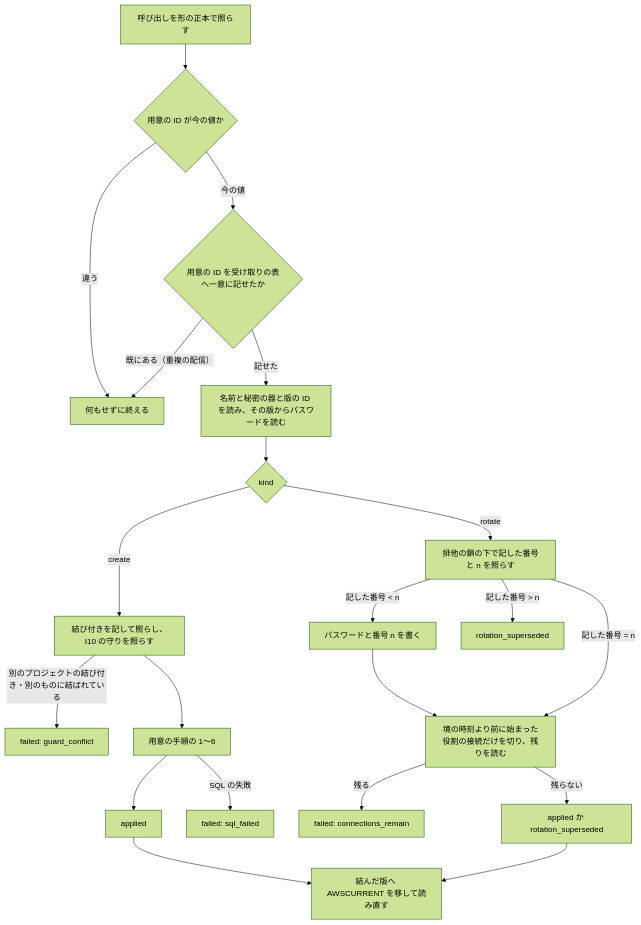
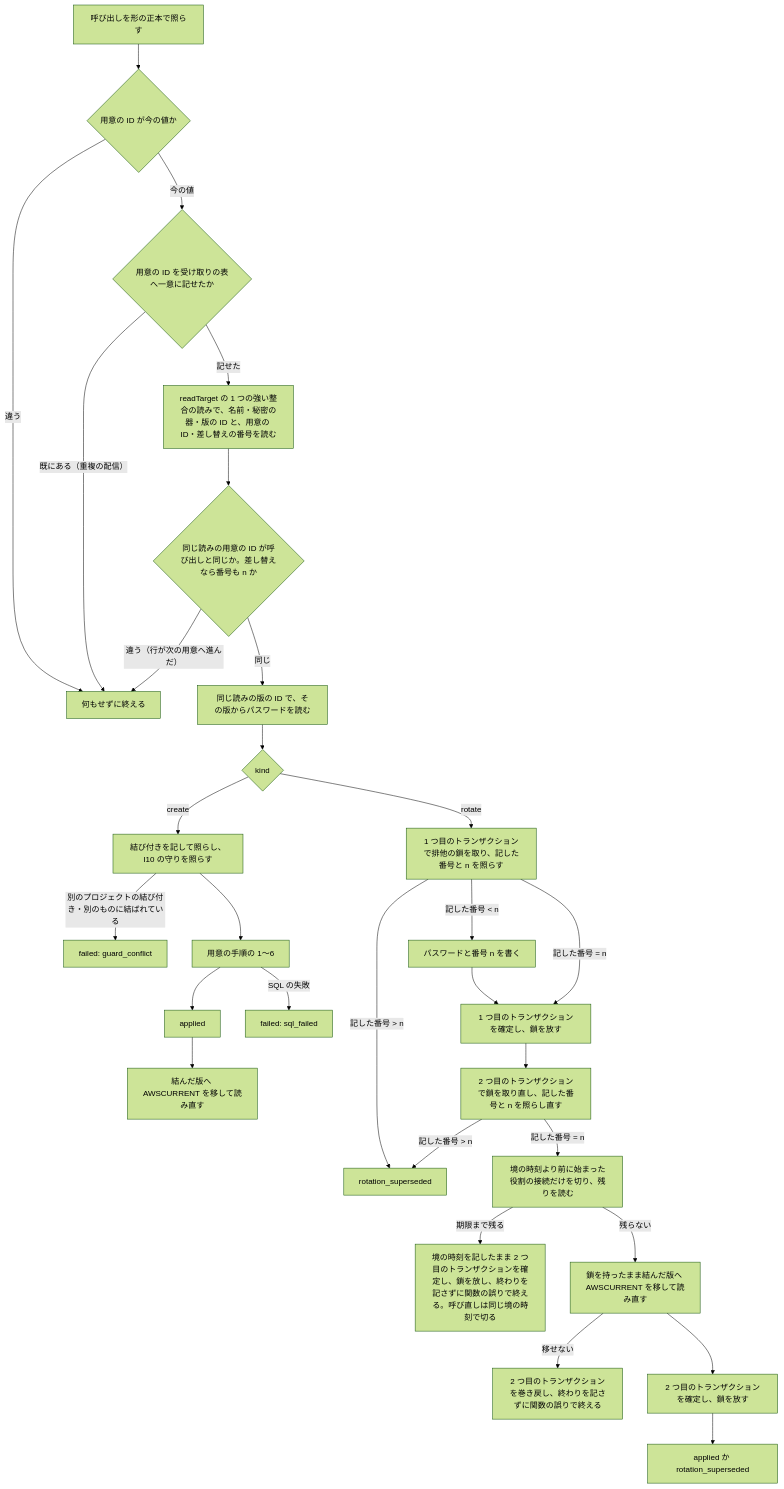
Before and after one commit to devbasex/nd-factory: the third of 3 diagrams in issues/issue-13-design.md, drawn with Mermaid (forest theme). The commit also changed other lines of this file and 25 other files, not shown here.

````diff
--- a/issues/issue-13-design.md
+++ b/issues/issue-13-design.md
@@ -185,22 +186,31 @@
 ```mermaid
 flowchart TD
     A[呼び出しを形の正本で照らす] --> B{用意の ID が今の値か}
     B -->|違う| X[何もせずに終える]
     B -->|今の値| Q{用意の ID を受け取りの表へ一意に記せたか}
     Q -->|既にある（重複の配信）| X
-    Q -->|記せた| C[名前と秘密の器と版の ID を読み、その版からパスワードを読む]
+    Q -->|記せた| T[readTarget の 1 つの強い整合の読みで、名前・秘密の器・版の ID と、用意の ID・差し替えの番号を読む]
+    T --> TC{同じ読みの用意の ID が呼び出しと同じか。差し替えなら番号も n か}
+    TC -->|違う（行が次の用意へ進んだ）| X
+    TC -->|同じ| C[同じ読みの版の ID で、その版からパスワードを読む]
     C --> D{kind}
     D -->|create| G[結び付きを記して照らし、I10 の守りを照らす]
     G -->|別のプロジェクトの結び付き・別のものに結ばれている| F2["failed: guard_conflict"]
     G --> H[用意の手順の 1〜6]
     H --> OK[applied]
     OK --> P[結んだ版へ AWSCURRENT を移して読み直す]
     H -->|SQL の失敗| F4["failed: sql_failed"]
-    D -->|rotate| R[排他の鎖の下で記した番号と n を照らす]
-    R -->|記した番号 < n| W[パスワードと番号 n を書く] --> K[境の時刻より前に始まった役割の接続だけを切り、残りを読む]
-    R -->|記した番号 = n| K
+    D -->|rotate| R[1 つ目のトランザクションで排他の鎖を取り、記した番号と n を照らす]
+    R -->|記した番号 < n| W[パスワードと番号 n を書く]
+    W --> C1[1 つ目のトランザクションを確定し、鎖を放す]
+    R -->|記した番号 = n| C1
     R -->|記した番号 > n| S[rotation_superseded]
-    K -->|残る| F3["failed: connections_remain"]
-    K -->|残らない| OK2[applied か rotation_superseded]
-    OK2 --> P
+    C1 --> L2[2 つ目のトランザクションで鎖を取り直し、記した番号と n を照らし直す]
+    L2 -->|記した番号 > n| S
+    L2 -->|記した番号 = n| K[境の時刻より前に始まった役割の接続だけを切り、残りを読む]
+    K -->|期限まで残る| E4[境の時刻を記したまま 2 つ目のトランザクションを確定し、鎖を放し、終わりを記さずに関数の誤りで終える。呼び直しは同じ境の時刻で切る]
+    K -->|残らない| P2[鎖を持ったまま結んだ版へ AWSCURRENT を移して読み直す]
+    P2 -->|移せない| E3[2 つ目のトランザクションを巻き戻し、終わりを記さずに関数の誤りで終える]
+    P2 --> C2[2 つ目のトランザクションを確定し、鎖を放す]
+    C2 --> OK2[applied か rotation_superseded]
 ```
````
